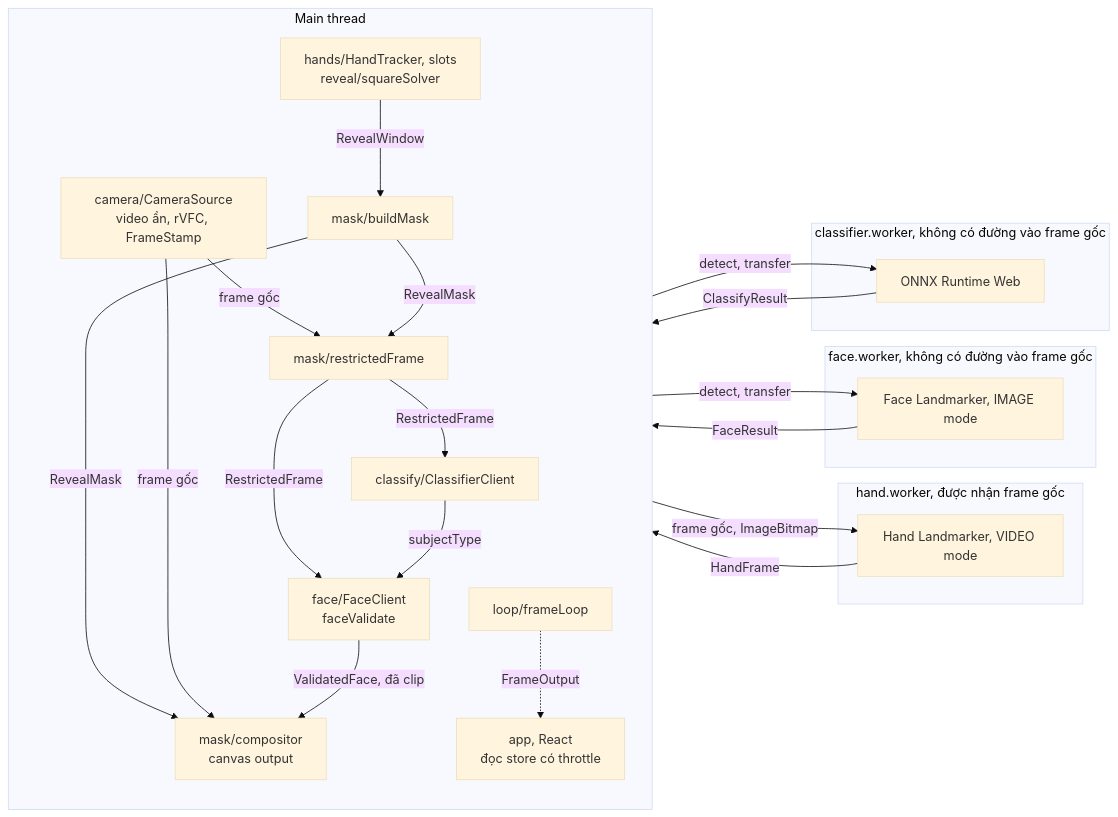
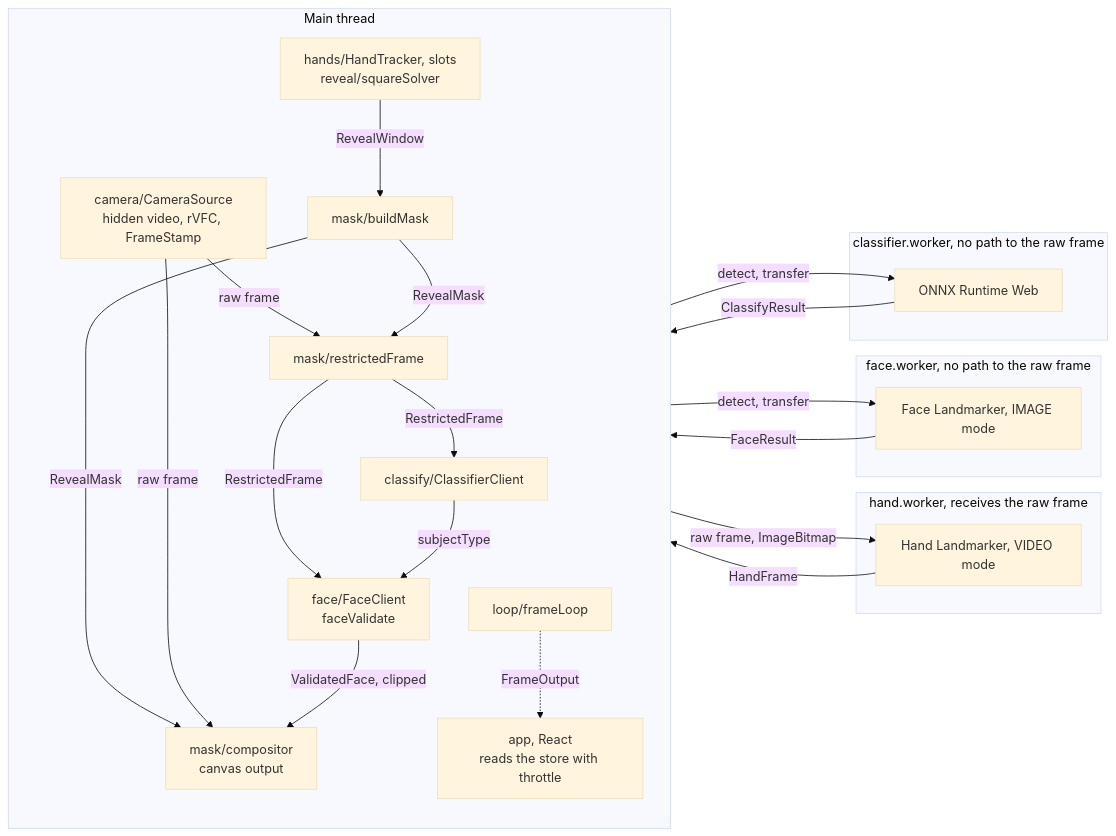
The fifth of 18 diagrams in docs/WORK-BREAKDOWN.md (Lorah101204/Finger_And_Face_Tracking), drawn with Mermaid (base theme) before and after one commit. The commit also changed other lines of this file and 35 other files, not shown here.

````diff
--- a/docs/WORK-BREAKDOWN.md
+++ b/docs/WORK-BREAKDOWN.md
@@ -446,40 +446,40 @@
 ```mermaid
 flowchart LR
   subgraph MAIN["Main thread"]
     direction TB
-    CAM["camera/CameraSource<br/>video ẩn, rVFC, FrameStamp"]
+    CAM["camera/CameraSource<br/>hidden video, rVFC, FrameStamp"]
     FRAMELOOP["loop/frameLoop"]
     HT["hands/HandTracker, slots<br/>reveal/squareSolver"]
     MK["mask/buildMask"]
     CP["mask/compositor<br/>canvas output"]
     RF["mask/restrictedFrame"]
     FC["face/FaceClient<br/>faceValidate"]
     CC["classify/ClassifierClient"]
-    UI["app, React<br/>đọc store có throttle"]
+    UI["app, React<br/>reads the store with throttle"]
   end
-  subgraph HW["hand.worker, được nhận frame gốc"]
+  subgraph HW["hand.worker, receives the raw frame"]
     HL["Hand Landmarker, VIDEO mode"]
   end
-  subgraph FW["face.worker, không có đường vào frame gốc"]
+  subgraph FW["face.worker, no path to the raw frame"]
     FL["Face Landmarker, IMAGE mode"]
   end
-  subgraph CW["classifier.worker, không có đường vào frame gốc"]
+  subgraph CW["classifier.worker, no path to the raw frame"]
     ORT["ONNX Runtime Web"]
   end
-  CAM -- "frame gốc, ImageBitmap" --> HL
+  CAM -- "raw frame, ImageBitmap" --> HL
   HL -- "HandFrame" --> HT
   HT -- "RevealWindow" --> MK
   MK -- "RevealMask" --> CP
-  CAM -- "frame gốc" --> CP
-  CAM -- "frame gốc" --> RF
+  CAM -- "raw frame" --> CP
+  CAM -- "raw frame" --> RF
   MK -- "RevealMask" --> RF
   RF -- "RestrictedFrame" --> FC
   FC -- "detect, transfer" --> FL
   FL -- "FaceResult" --> FC
   RF -- "RestrictedFrame" --> CC
   CC -- "detect, transfer" --> ORT
   ORT -- "ClassifyResult" --> CC
-  FC -- "ValidatedFace, đã clip" --> CP
+  FC -- "ValidatedFace, clipped" --> CP
   CC -- "subjectType" --> FC
   FRAMELOOP -. "FrameOutput" .-> UI
 ```
````
